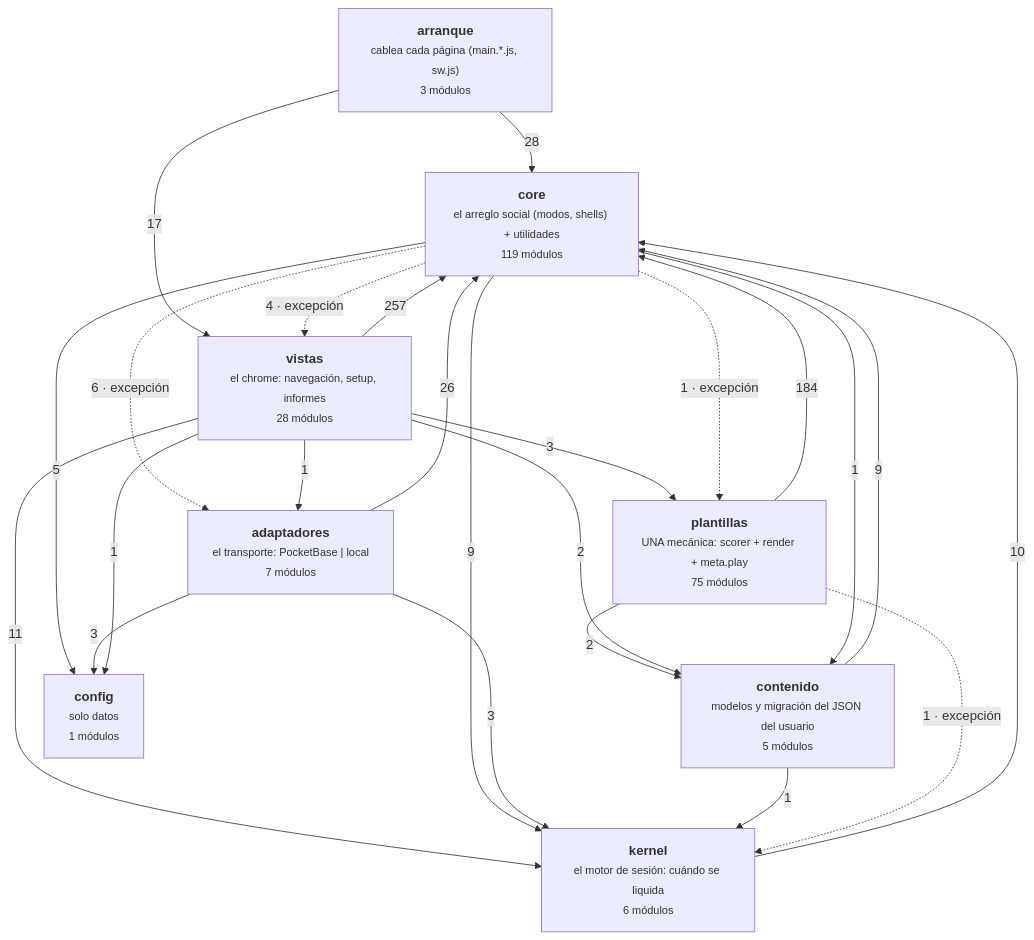
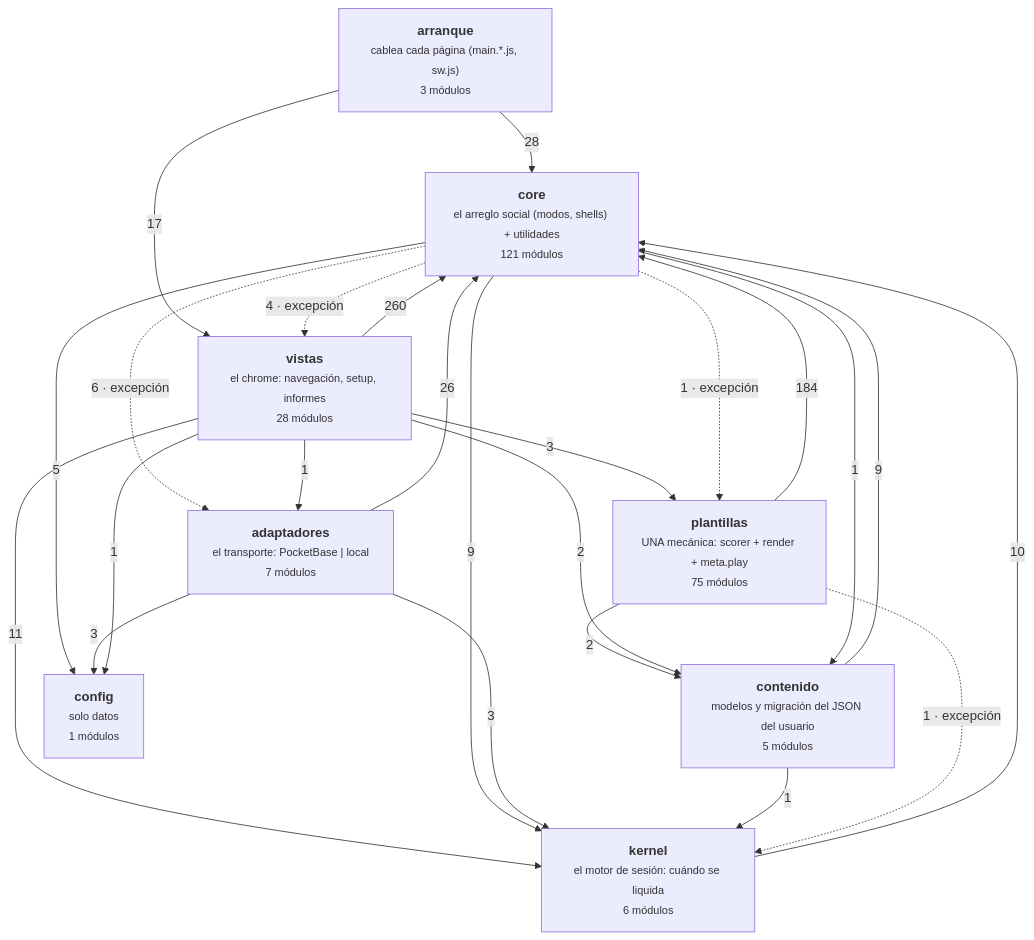
The diagram in docs/arquitectura-modulos.md (duecaz/ac), drawn with Mermaid before and after one commit. The commit also changed other lines of this file and 18 other files, not shown here.

````diff
--- a/docs/arquitectura-modulos.md
+++ b/docs/arquitectura-modulos.md
@@ -49,34 +49,34 @@
 ```mermaid
 graph TD
   A["<b>arranque</b><br/><small>cablea cada página (main.*.js, sw.js)</small><br/><small>3 módulos</small>"]
   V["<b>vistas</b><br/><small>el chrome: navegación, setup, informes</small><br/><small>28 módulos</small>"]
   AD["<b>adaptadores</b><br/><small>el transporte: PocketBase | local</small><br/><small>7 módulos</small>"]
-  C["<b>core</b><br/><small>el arreglo social (modos, shells) + utilidades</small><br/><small>119 módulos</small>"]
+  C["<b>core</b><br/><small>el arreglo social (modos, shells) + utilidades</small><br/><small>121 módulos</small>"]
   K["<b>kernel</b><br/><small>el motor de sesión: cuándo se liquida</small><br/><small>6 módulos</small>"]
   T["<b>plantillas</b><br/><small>UNA mecánica: scorer + render + meta.play</small><br/><small>75 módulos</small>"]
   CO["<b>contenido</b><br/><small>modelos y migración del JSON del usuario</small><br/><small>5 módulos</small>"]
   CF["<b>config</b><br/><small>solo datos</small><br/><small>1 módulos</small>"]
-  V -->|257| C
+  V -->|260| C
   T -->|184| C
   A -->|28| C
   AD -->|26| C
   A -->|17| V
   V -->|11| K
   K -->|10| C
   C -->|9| K
   CO -->|9| C
   C -.->|6 · excepción| AD
   C -->|5| CF
   C -.->|4 · excepción| V
   AD -->|3| CF
   AD -->|3| K
   V -->|3| T
   T -->|2| CO
   V -->|2| CO
   C -.->|1 · excepción| T
   C -->|1| CO
   CO -->|1| K
   T -.->|1 · excepción| K
   V -->|1| AD
   V -->|1| CF
 ```
````
